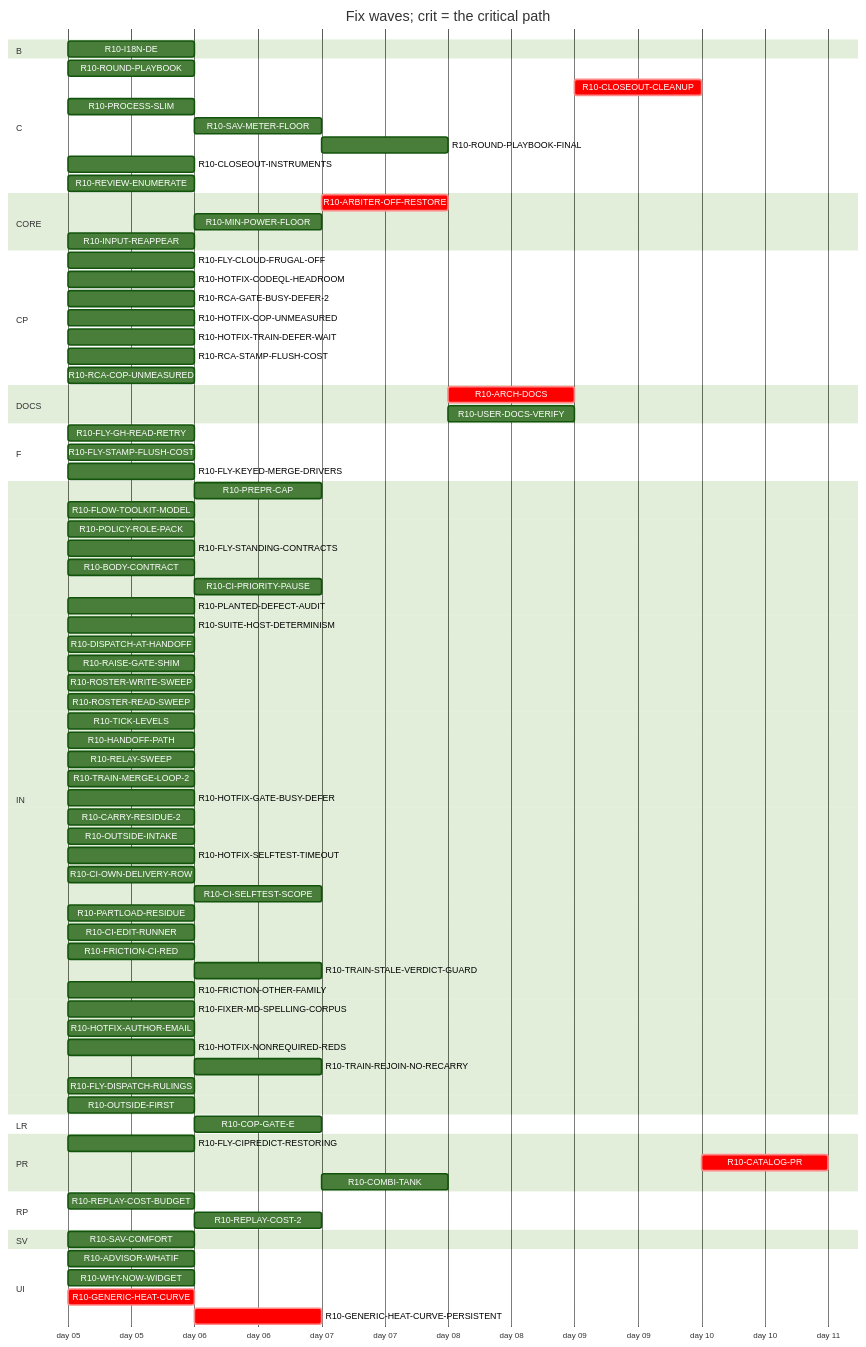
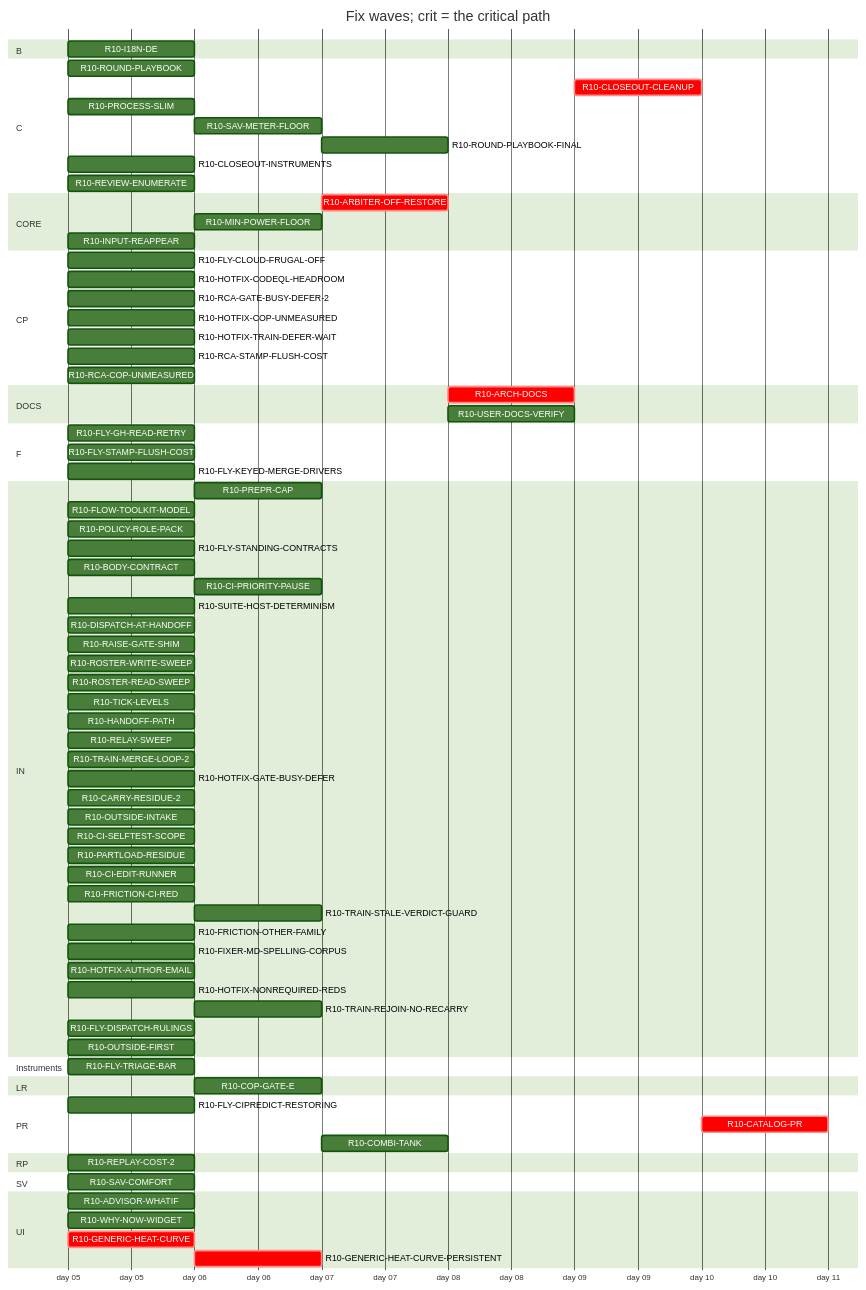
Before and after one commit to tvofi/heatpump_optimizer: the diagram in handoff/round10/state/PLAN-TABLE.md, drawn with Mermaid (forest theme). The commit also changed other lines of this file and 3 other files, not shown here.

Commit message:
state: FLOW-BOARD.md, NEXT-SESSION-PROMPT.md, PLAN-TABLE.md, RESUME-CURRENT.md regenerated (state_docs.py)

```diff
--- a/handoff/round10/state/PLAN-TABLE.md
+++ b/handoff/round10/state/PLAN-TABLE.md
@@ -34,7 +35,7 @@
     R10-CLOSEOUT-CLEANUP :crit, r10CLOSEOUTCLEANUP, after r10ARCHDOCS r10USERDOCSVERIFY r10ROUNDPLAYBOOKFINAL r10CLOSEOUTINSTRUMENTS r10RCAGATEBUSYDEFER2 r10RCASTAMPFLUSHCOST r10RCACOPUNMEASURED r10FRICTIONCIRED r10FRICTIONOTHERFAMILY, 1d
     R10-PROCESS-SLIM :r10PROCESSSLIM, 2026-01-05, 1d
     R10-SAV-METER-FLOOR :r10SAVMETERFLOOR, after r10SAVCOMFORT, 1d
-    R10-ROUND-PLAYBOOK-FINAL :r10ROUNDPLAYBOOKFINAL, after r10PREPRCAP r10HANDOFFPATH r10RELAYSWEEP r10DISPATCHATHANDOFF r10BODYCONTRACT r10TICKLEVELS r10CIPRIORITYPAUSE r10ROSTERWRITESWEEP r10ROSTERREADSWEEP r10FLYSTANDINGCONTRACTS r10POLICYROLEPACK r10FLOWTOOLKITMODEL r10FLYCIPREDICTRESTORING r10RAISEGATESHIM r10PLANTEDDEFECTAUDIT r10FLYGHREADRETRY r10SUITEHOSTDETERMINISM r10ROUNDPLAYBOOK r10PROCESSSLIM r10TRAINMERGELOOP2 r10HOTFIXGATEBUSYDEFER r10CARRYRESIDUE2 r10REPLAYCOST2 r10HOTFIXCODEQLHEADROOM r10OUTSIDEINTAKE r10HOTFIXSELFTESTTIMEOUT r10FLYSTAMPFLUSHCOST r10HOTFIXTRAINDEFERWAIT r10CIOWNDELIVERYROW r10CISELFTESTSCOPE r10CIEDITRUNNER r10TRAINSTALEVERDICTGUARD r10CLOSEOUTINSTRUMENTS r10FRICTIONCIRED r10FRICTIONOTHERFAMILY r10FIXERMDSPELLINGCORPUS, 1d
+    R10-ROUND-PLAYBOOK-FINAL :r10ROUNDPLAYBOOKFINAL, after r10PREPRCAP r10HANDOFFPATH r10RELAYSWEEP r10DISPATCHATHANDOFF r10BODYCONTRACT r10TICKLEVELS r10CIPRIORITYPAUSE r10ROSTERWRITESWEEP r10ROSTERREADSWEEP r10FLYSTANDINGCONTRACTS r10POLICYROLEPACK r10FLOWTOOLKITMODEL r10FLYCIPREDICTRESTORING r10RAISEGATESHIM r10FLYGHREADRETRY r10SUITEHOSTDETERMINISM r10ROUNDPLAYBOOK r10PROCESSSLIM r10TRAINMERGELOOP2 r10HOTFIXGATEBUSYDEFER r10CARRYRESIDUE2 r10REPLAYCOST2 r10HOTFIXCODEQLHEADROOM r10OUTSIDEINTAKE r10FLYSTAMPFLUSHCOST r10HOTFIXTRAINDEFERWAIT r10CISELFTESTSCOPE r10CIEDITRUNNER r10TRAINSTALEVERDICTGUARD r10CLOSEOUTINSTRUMENTS r10FRICTIONCIRED r10FRICTIONOTHERFAMILY r10FIXERMDSPELLINGCORPUS, 1d
     R10-CLOSEOUT-INSTRUMENTS :r10CLOSEOUTINSTRUMENTS, 2026-01-05, 1d
     R10-REVIEW-ENUMERATE :r10REVIEWENUMERATE, 2026-01-05, 1d
   section CORE
@@ -50,7 +51,7 @@
     R10-RCA-STAMP-FLUSH-COST :r10RCASTAMPFLUSHCOST, 2026-01-05, 1d
     R10-RCA-COP-UNMEASURED :r10RCACOPUNMEASURED, 2026-01-05, 1d
   section DOCS
-    R10-ARCH-DOCS :crit, r10ARCHDOCS, after r10SAVCOMFORT r10WHYNOWWIDGET r10ADVISORWHATIF r10REPLAYCOSTBUDGET r10PREPRCAP r10HANDOFFPATH r10RELAYSWEEP r10DISPATCHATHANDOFF r10BODYCONTRACT r10TICKLEVELS r10CIPRIORITYPAUSE r10ROSTERWRITESWEEP r10ROSTERREADSWEEP r10FLYSTANDINGCONTRACTS r10POLICYROLEPACK r10FLOWTOOLKITMODEL r10FLYCIPREDICTRESTORING r10RAISEGATESHIM r10PLANTEDDEFECTAUDIT r10FLYGHREADRETRY r10SUITEHOSTDETERMINISM r10PROCESSSLIM r10SAVMETERFLOOR r10HOTFIXCOPUNMEASURED r10COPGATEE r10PARTLOADRESIDUE r10I18NDE r10GENERICHEATCURVE r10GENERICHEATCURVEPERSISTENT r10ARBITEROFFRESTORE r10TRAINMERGELOOP2 r10HOTFIXGATEBUSYDEFER r10CARRYRESIDUE2 r10REPLAYCOST2 r10HOTFIXCODEQLHEADROOM r10OUTSIDEINTAKE r10HOTFIXSELFTESTTIMEOUT r10FLYSTAMPFLUSHCOST r10HOTFIXTRAINDEFERWAIT r10CIOWNDELIVERYROW r10CISELFTESTSCOPE r10CIEDITRUNNER r10TRAINSTALEVERDICTGUARD r10COMBITANK r10CLOSEOUTINSTRUMENTS r10MINPOWERFLOOR r10ROUNDPLAYBOOK r10RCAGATEBUSYDEFER2 r10FRICTIONCIRED r10FRICTIONOTHERFAMILY r10RCASTAMPFLUSHCOST r10RCACOPUNMEASURED r10INPUTREAPPEAR, 1d
+    R10-ARCH-DOCS :crit, r10ARCHDOCS, after r10SAVCOMFORT r10WHYNOWWIDGET r10ADVISORWHATIF r10PREPRCAP r10HANDOFFPATH r10RELAYSWEEP r10DISPATCHATHANDOFF r10BODYCONTRACT r10TICKLEVELS r10CIPRIORITYPAUSE r10ROSTERWRITESWEEP r10ROSTERREADSWEEP r10FLYSTANDINGCONTRACTS r10POLICYROLEPACK r10FLOWTOOLKITMODEL r10FLYCIPREDICTRESTORING r10RAISEGATESHIM r10FLYGHREADRETRY r10SUITEHOSTDETERMINISM r10PROCESSSLIM r10SAVMETERFLOOR r10HOTFIXCOPUNMEASURED r10COPGATEE r10PARTLOADRESIDUE r10I18NDE r10GENERICHEATCURVE r10GENERICHEATCURVEPERSISTENT r10ARBITEROFFRESTORE r10TRAINMERGELOOP2 r10HOTFIXGATEBUSYDEFER r10CARRYRESIDUE2 r10REPLAYCOST2 r10HOTFIXCODEQLHEADROOM r10OUTSIDEINTAKE r10FLYSTAMPFLUSHCOST r10HOTFIXTRAINDEFERWAIT r10CISELFTESTSCOPE r10CIEDITRUNNER r10TRAINSTALEVERDICTGUARD r10COMBITANK r10CLOSEOUTINSTRUMENTS r10MINPOWERFLOOR r10ROUNDPLAYBOOK r10RCAGATEBUSYDEFER2 r10FRICTIONCIRED r10FRICTIONOTHERFAMILY r10RCASTAMPFLUSHCOST r10RCACOPUNMEASURED r10INPUTREAPPEAR, 1d
     R10-USER-DOCS-VERIFY :r10USERDOCSVERIFY, after r10SAVCOMFORT r10WHYNOWWIDGET r10ADVISORWHATIF r10SAVMETERFLOOR r10HOTFIXCOPUNMEASURED r10COPGATEE r10PARTLOADRESIDUE r10I18NDE r10GENERICHEATCURVE r10GENERICHEATCURVEPERSISTENT r10ARBITEROFFRESTORE r10COMBITANK r10MINPOWERFLOOR r10INPUTREAPPEAR, 1d
   section F
     R10-FLY-GH-READ-RETRY :r10FLYGHREADRETRY, 2026-01-05, 1d
@@ -63,7 +64,6 @@
     R10-FLY-STANDING-CONTRACTS :r10FLYSTANDINGCONTRACTS, 2026-01-05, 1d
     R10-BODY-CONTRACT :r10BODYCONTRACT, 2026-01-05, 1d
     R10-CI-PRIORITY-PAUSE :r10CIPRIORITYPAUSE, after r10TICKLEVELS r10OUTSIDEFIRST, 1d
-    R10-PLANTED-DEFECT-AUDIT :r10PLANTEDDEFECTAUDIT, 2026-01-05, 1d
     R10-SUITE-HOST-DETERMINISM :r10SUITEHOSTDETERMINISM, 2026-01-05, 1d
     R10-DISPATCH-AT-HANDOFF :r10DISPATCHATHANDOFF, 2026-01-05, 1d
     R10-RAISE-GATE-SHIM :r10RAISEGATESHIM, 2026-01-05, 1d
@@ -76,9 +76,7 @@
     R10-HOTFIX-GATE-BUSY-DEFER :r10HOTFIXGATEBUSYDEFER, 2026-01-05, 1d
     R10-CARRY-RESIDUE-2 :r10CARRYRESIDUE2, 2026-01-05, 1d
     R10-OUTSIDE-INTAKE :r10OUTSIDEINTAKE, 2026-01-05, 1d
-    R10-HOTFIX-SELFTEST-TIMEOUT :r10HOTFIXSELFTESTTIMEOUT, 2026-01-05, 1d
-    R10-CI-OWN-DELIVERY-ROW :r10CIOWNDELIVERYROW, 2026-01-05, 1d
-    R10-CI-SELFTEST-SCOPE :r10CISELFTESTSCOPE, after r10HOTFIXSELFTESTTIMEOUT, 1d
+    R10-CI-SELFTEST-SCOPE :r10CISELFTESTSCOPE, 2026-01-05, 1d
     R10-PARTLOAD-RESIDUE :r10PARTLOADRESIDUE, 2026-01-05, 1d
     R10-CI-EDIT-RUNNER :r10CIEDITRUNNER, 2026-01-05, 1d
     R10-FRICTION-CI-RED :r10FRICTIONCIRED, 2026-01-05, 1d
@@ -90,6 +88,8 @@
     R10-TRAIN-REJOIN-NO-RECARRY :r10TRAINREJOINNORECARRY, after r10HOTFIXTRAINDEFERWAIT r10TRAINMERGELOOP2, 1d
     R10-FLY-DISPATCH-RULINGS :r10FLYDISPATCHRULINGS, 2026-01-05, 1d
     R10-OUTSIDE-FIRST :r10OUTSIDEFIRST, 2026-01-05, 1d
+  section Instruments
+    R10-FLY-TRIAGE-BAR :r10FLYTRIAGEBAR, 2026-01-05, 1d
   section LR
     R10-COP-GATE-E :r10COPGATEE, after r10HOTFIXCOPUNMEASURED, 1d
   section PR
@@ -97,8 +97,7 @@
     R10-CATALOG-PR :crit, r10CATALOGPR, after r10USERDOCSVERIFY r10ARCHDOCS r10ROUNDPLAYBOOKFINAL r10CLOSEOUTCLEANUP, 1d
     R10-COMBI-TANK :r10COMBITANK, after r10ADVISORWHATIF r10COPGATEE r10GENERICHEATCURVEPERSISTENT, 1d
   section RP
-    R10-REPLAY-COST-BUDGET :r10REPLAYCOSTBUDGET, 2026-01-05, 1d
-    R10-REPLAY-COST-2 :r10REPLAYCOST2, after r10REPLAYCOSTBUDGET, 1d
+    R10-REPLAY-COST-2 :r10REPLAYCOST2, 2026-01-05, 1d
   section SV
     R10-SAV-COMFORT :r10SAVCOMFORT, 2026-01-05, 1d
   section UI
```
